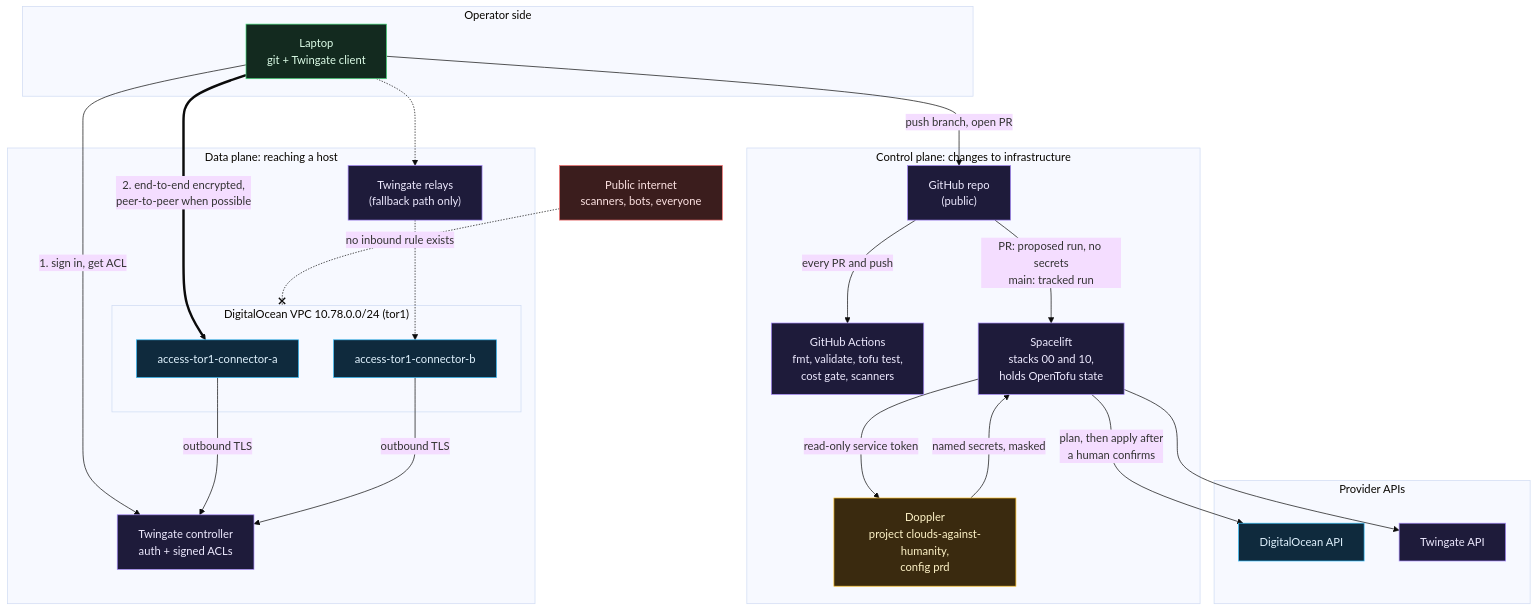
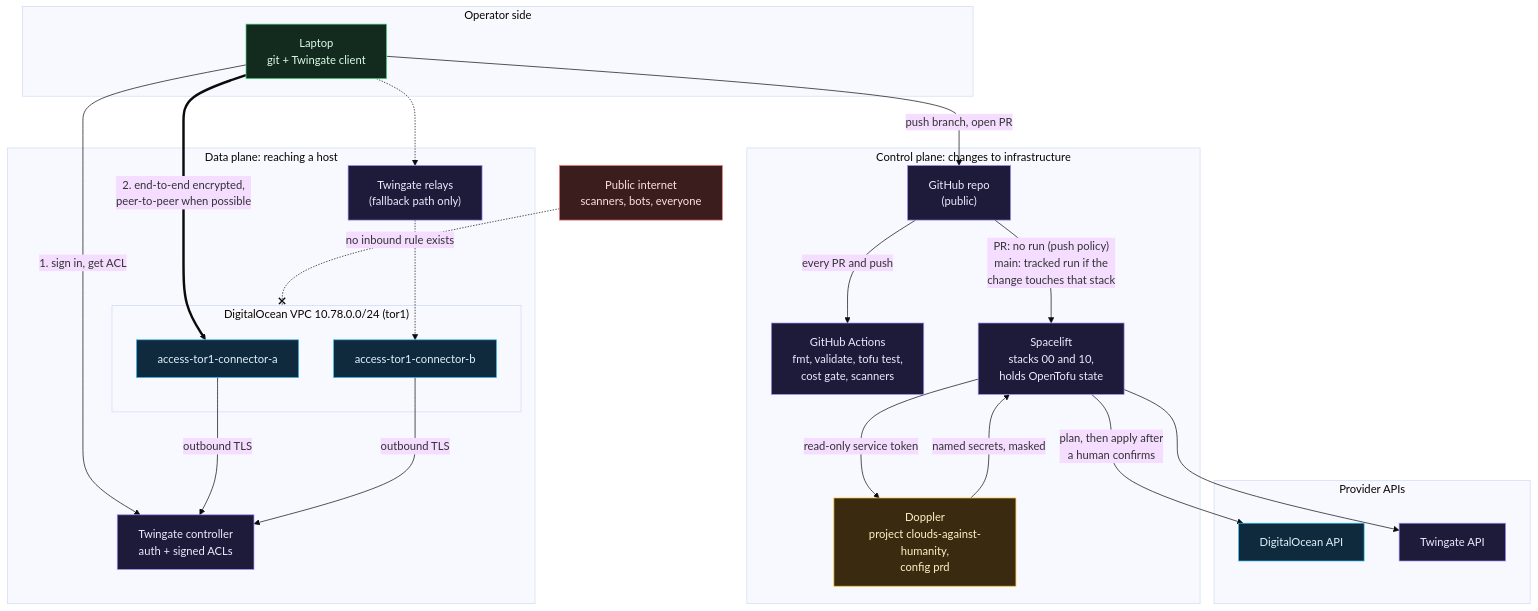
One commit to ChiefGyk3D/Clouds-Against-Humanity changed the first of 4 diagrams in docs/wiki/Architecture-Overview.md. Above: the diagram before and after it, drawn with Mermaid (base theme). The commit also changed other lines of this file and 34 other files, not shown here.

First line of the commit message:
docs: start-from-zero wiki track; Spacelift push policy; CI and wiki publishing on GYST only (#19)

````diff
--- a/docs/wiki/Architecture-Overview.md
+++ b/docs/wiki/Architecture-Overview.md
@@ -12,51 +14,51 @@
 ```mermaid
 flowchart TB
     subgraph operator["Operator side"]
         dev["Laptop<br/>git + Twingate client"]:::you
     end
 
     subgraph control["Control plane: changes to infrastructure"]
         gh["GitHub repo<br/>(public)"]:::ctrl
         ci["GitHub Actions<br/>fmt, validate, tofu test,<br/>cost gate, scanners"]:::ctrl
         sl["Spacelift<br/>stacks 00 and 10,<br/>holds OpenTofu state"]:::ctrl
         dp["Doppler<br/>project clouds-against-humanity,<br/>config prd"]:::secret
     end
 
     subgraph apis["Provider APIs"]
         doapi["DigitalOcean API"]:::cloud
         tgapi["Twingate API"]:::ctrl
     end
 
     subgraph dataplane["Data plane: reaching a host"]
         tgc["Twingate controller<br/>auth + signed ACLs"]:::ctrl
         relay["Twingate relays<br/>(fallback path only)"]:::ctrl
         subgraph vpc["DigitalOcean VPC 10.78.0.0/24 (tor1)"]
             ca["access-tor1-connector-a"]:::cloud
             cb["access-tor1-connector-b"]:::cloud
         end
     end
 
     internet["Public internet<br/>scanners, bots, everyone"]:::ext
 
     dev -- "push branch, open PR" --> gh
     gh -- "every PR and push" --> ci
-    gh -- "PR: proposed run, no secrets<br/>main: tracked run" --> sl
+    gh -- "PR: no run (push policy)<br/>main: tracked run if the<br/>change touches that stack" --> sl
     sl -- "read-only service token" --> dp
     dp -- "named secrets, masked" --> sl
     sl -- "plan, then apply after<br/>a human confirms" --> doapi
     sl --> tgapi
 
     dev -- "1. sign in, get ACL" --> tgc
     ca -- "outbound TLS" --> tgc
     cb -- "outbound TLS" --> tgc
     dev == "2. end-to-end encrypted,<br/>peer-to-peer when possible" ==> ca
     dev -.-> relay -.-> cb
 
     internet -. "no inbound rule exists" .-x vpc
 
     classDef you fill:#132a1f,stroke:#4ade80,color:#dcfce7
     classDef ext fill:#3b1d1d,stroke:#f87171,color:#fde2e2
     classDef ctrl fill:#1e1b3a,stroke:#a78bfa,color:#ede9fe
     classDef cloud fill:#0f2a3d,stroke:#38bdf8,color:#e0f2fe
     classDef secret fill:#3a2a0f,stroke:#fbbf24,color:#fef3c7
 ```
````
